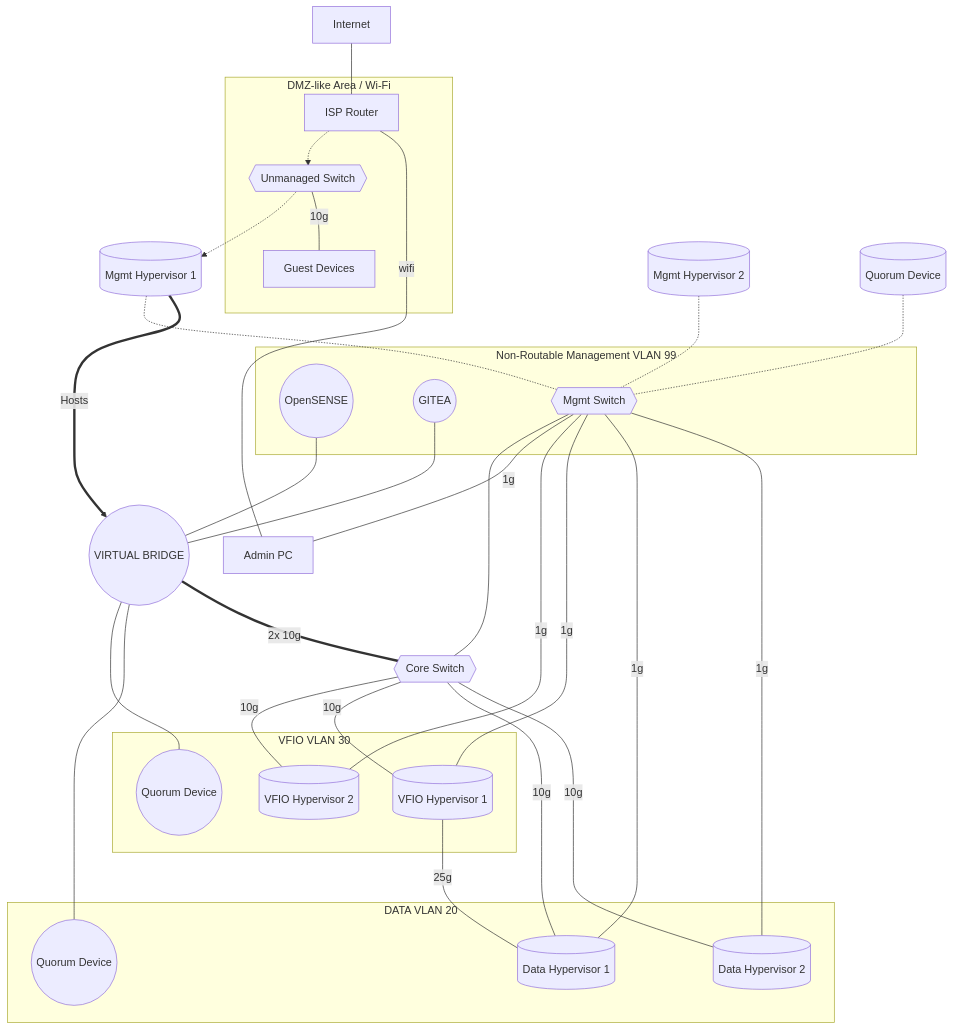
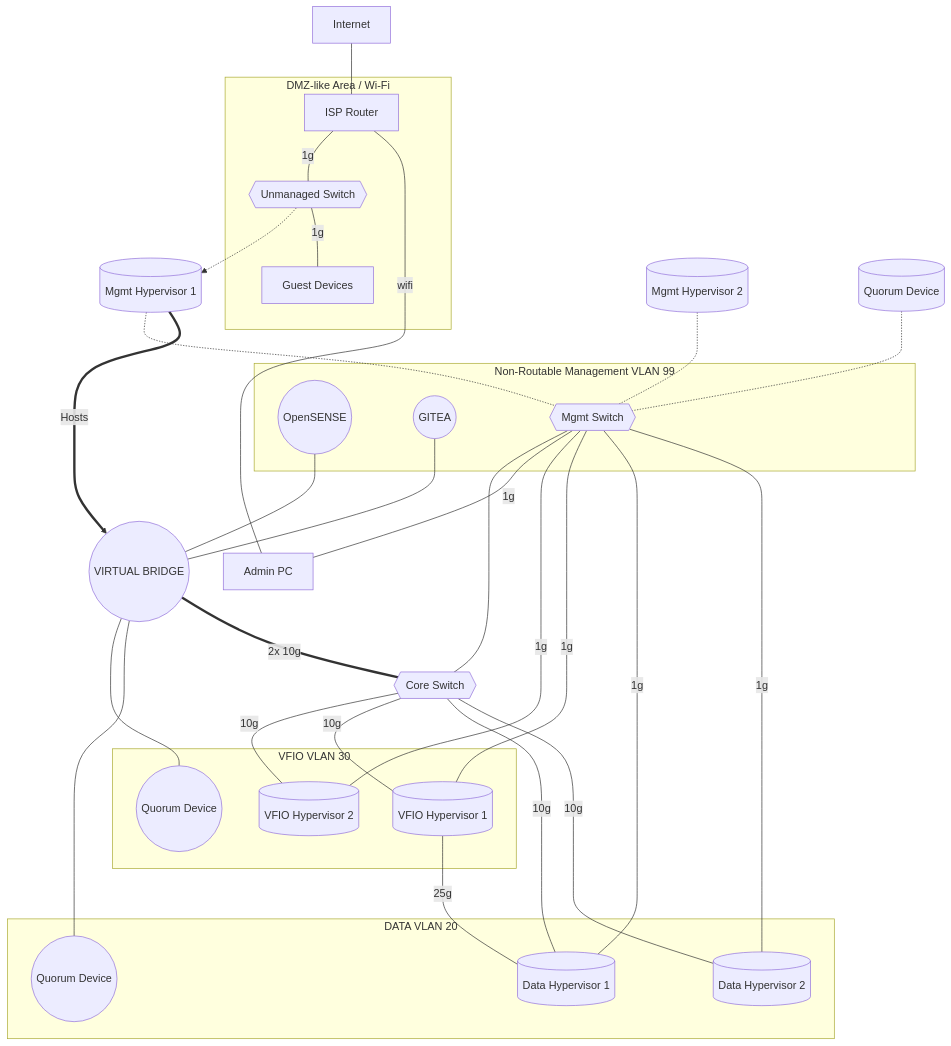
Before and after one commit to woeiru/lab: the diagram in arc/net1.md, drawn with Mermaid.

Commit message:
standard

````diff
--- a/arc/net1.md
+++ b/arc/net1.md
@@ -3,48 +3,48 @@
 ```mermaid
 graph TD
     INT[Internet] --- ISPR[ISP Router]
-    ISPR -.-> US
+    ISPR ---|1g| US
     US{{Unmanaged Switch}} -.-> MH1
     OPN((OpenSENSE)) --- VB((VIRTUAL BRIDGE))
     GIT((GITEA)) --- VB
     VB --- QDV((Quorum Device))
     VB --- QDD((Quorum Device))
     VB ===|2x 10g| CS{{Core Switch}}
     MH1[(Mgmt Hypervisor 1)] -.-  MS{{Mgmt Switch}}
     MH2[(Mgmt Hypervisor 2)] -.-  MS
     QDM[(Quorum Device)] -.-  MS
     MS --- CS
     MS ---|1g| APC[Admin PC]
     APC ---|wifi| ISPR
     MH1 ==>|Hosts| VB
     CS ---|10g| VH2[(VFIO Hypervisor 2)]
     MS ---|1g| VH2
-    US ---|10g| GD[Guest Devices]
+    US ---|1g| GD[Guest Devices]
     CS ---|10g| VH1[(VFIO Hypervisor 1)]
     MS ---|1g| VH1
     CS ---|10g| DH1[(Data Hypervisor 1)]
     MS ---|1g| DH1
     CS ---|10g| DH2[(Data Hypervisor 2)]
     MS ---|1g| DH2
     VH1 ---|25g| DH1
     subgraph VLAN20 [DATA VLAN 20]
         DH1
         DH2
         QDD
     end
     subgraph VLAN30 [VFIO VLAN 30]
         VH1
         VH2
         QDV
     end
     subgraph VLAN99 [Non-Routable Management VLAN 99]
         MS
         OPN
         GIT
     end
     subgraph DMZ [DMZ-like Area / Wi-Fi]
         ISPR
         GD
         US
     end
 ```
````
